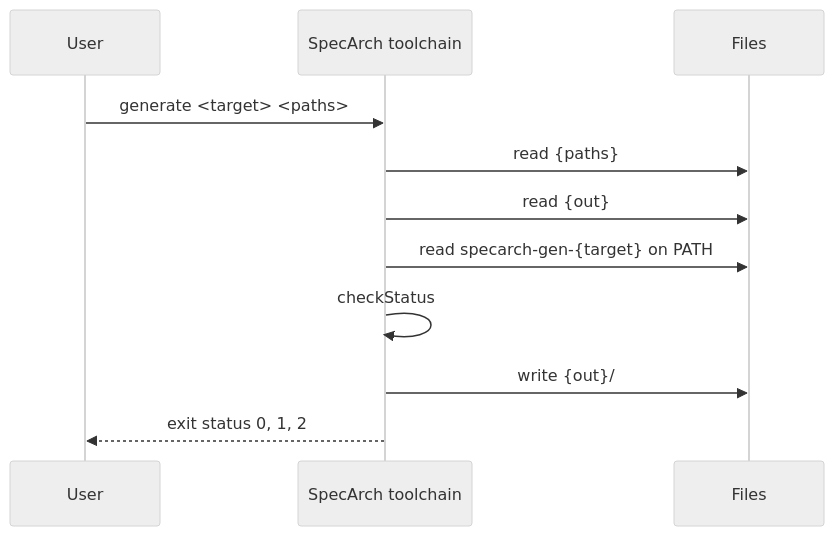
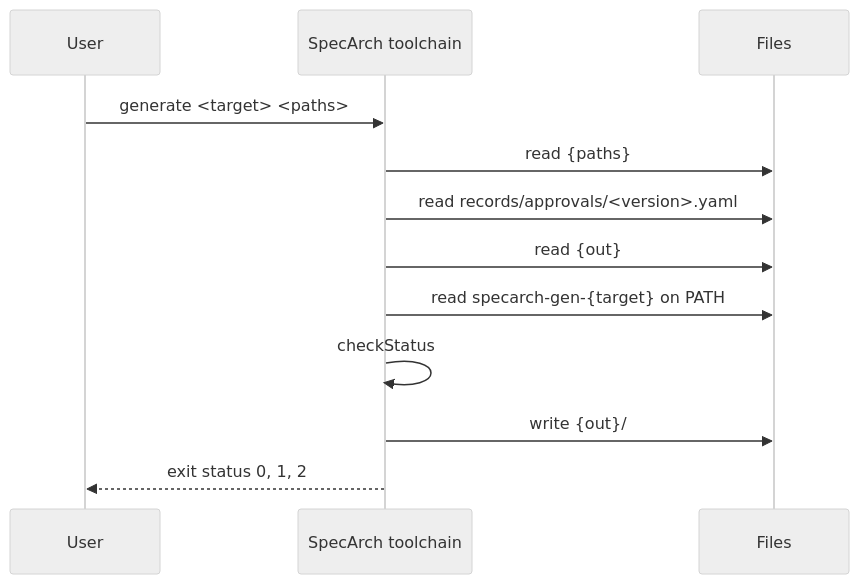
The sixth of 8 diagrams in docs/techspec.md (SpecArch/specarch), drawn with Mermaid (neutral theme) before and after one commit. The commit also changed other lines of this file and 155 other files, not shown here.

````diff
--- a/docs/techspec.md
+++ b/docs/techspec.md
@@ -395,13 +506,14 @@
 ```mermaid
 sequenceDiagram
   participant U as User
   participant P as SpecArch toolchain
   participant F as Files
   U->>P: generate <target> <paths>
   P->>F: read {paths}
+  P->>F: read records/approvals/<version>.yaml
   P->>F: read {out}
   P->>F: read specarch-gen-{target} on PATH
   P->>P: checkStatus
   P->>F: write {out}/
   P-->>U: exit status 0, 1, 2
 ```
````
